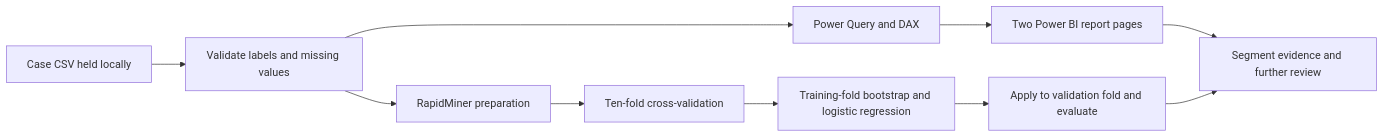
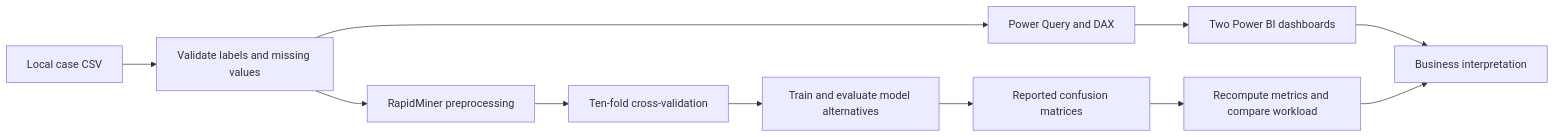
Before and after one commit to 1121eason/UQxLoanRisk-Analytics: the diagram in README.md, drawn with Mermaid. The commit also changed other lines of this file and 32 other files, not shown here.

````diff
--- a/README.md
+++ b/README.md
@@ -34,12 +50,13 @@
 ```mermaid
 flowchart LR
-    A[Case CSV held locally] --> B[Validate labels and missing values]
+    A[Local case CSV] --> B[Validate labels and missing values]
     B --> C[Power Query and DAX]
-    C --> D[Two Power BI report pages]
-    B --> E[RapidMiner preparation]
+    C --> D[Two Power BI dashboards]
+    B --> E[RapidMiner preprocessing]
     E --> F[Ten-fold cross-validation]
-    F --> G[Training-fold bootstrap and logistic regression]
-    G --> H[Apply to validation fold and evaluate]
-    D --> I[Segment evidence and further review]
-    H --> I
+    F --> G[Train and evaluate model alternatives]
+    G --> H[Reported confusion matrices]
+    H --> I[Recompute metrics and compare workload]
+    D --> J[Business interpretation]
+    I --> J
 ```
````
